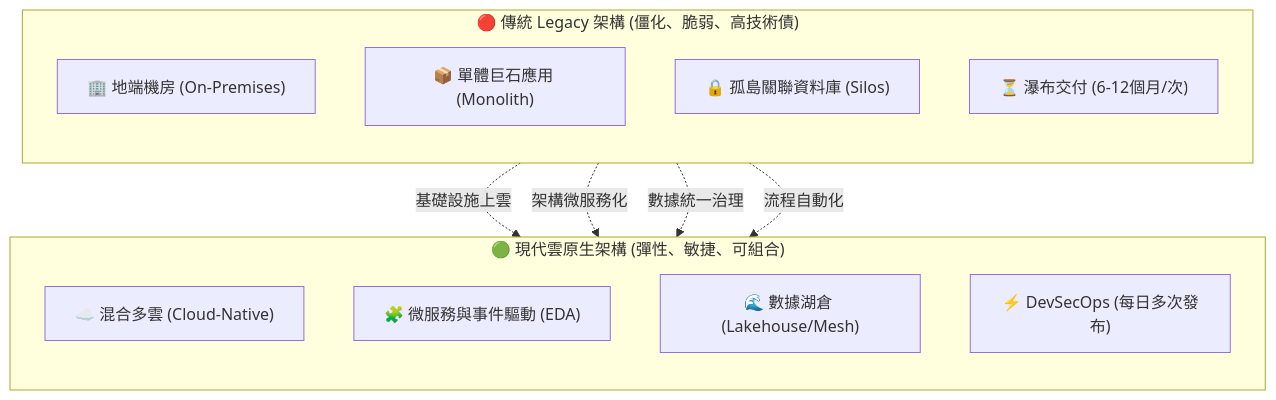
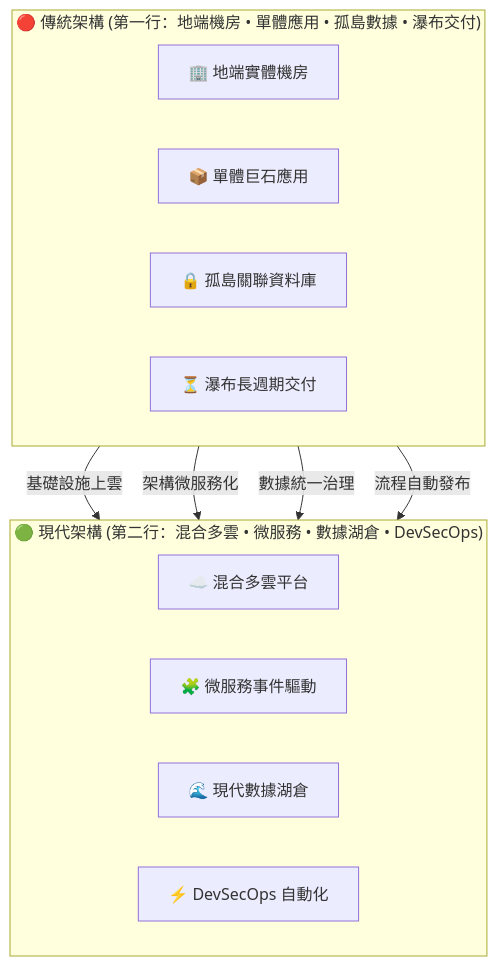
Before and after one commit to billy1030/digital-tranformation-learning: the first of 3 diagrams in 03-modern-tech-and-data-foundation.md, drawn with Mermaid. The commit also changed 1 other file, not shown here.

Commit message:
refactor(mermaid): format diagram 03.1 strictly into two parallel horizontal rows with vertical pairwise evolution arrows

````diff
--- a/03-modern-tech-and-data-foundation.md
+++ b/03-modern-tech-and-data-foundation.md
@@ -14,23 +14,23 @@
 ```mermaid
 flowchart TD
-    subgraph S1["🔴 傳統 Legacy 架構 (僵化、脆弱、高技術債)"]
-        direction TB
-        L1["🏢 地端機房 (On-Premises)"]
-        L2["📦 單體巨石應用 (Monolith)"]
-        L3["🔒 孤島關聯資料庫 (Silos)"]
-        L4["⏳ 瀑布交付 (6-12個月/次)"]
+    subgraph ROW1["🔴 傳統架構 (第一行：地端機房 • 單體應用 • 孤島數據 • 瀑布交付)"]
+        direction LR
+        L1["🏢 地端實體機房"]
+        L2["📦 單體巨石應用"]
+        L3["🔒 孤島關聯資料庫"]
+        L4["⏳ 瀑布長週期交付"]
     end
 
-    subgraph S2["🟢 現代雲原生架構 (彈性、敏捷、可組合)"]
-        direction TB
-        M1["☁️ 混合多雲 (Cloud-Native)"]
-        M2["🧩 微服務與事件驅動 (EDA)"]
-        M3["🌊 數據湖倉 (Lakehouse/Mesh)"]
-        M4["⚡ DevSecOps (每日多次發布)"]
+    subgraph ROW2["🟢 現代架構 (第二行：混合多雲 • 微服務 • 數據湖倉 • DevSecOps)"]
+        direction LR
+        M1["☁️ 混合多雲平台"]
+        M2["🧩 微服務事件驅動"]
+        M3["🌊 現代數據湖倉"]
+        M4["⚡ DevSecOps 自動化"]
     end
 
-    L1 -.->|"基礎設施上雲"| M1
-    L2 -.->|"架構微服務化"| M2
-    L3 -.->|"數據統一治理"| M3
-    L4 -.->|"流程自動化"| M4
+    L1 -->|"基礎設施上雲"| M1
+    L2 -->|"架構微服務化"| M2
+    L3 -->|"數據統一治理"| M3
+    L4 -->|"流程自動發布"| M4
 ```
````
